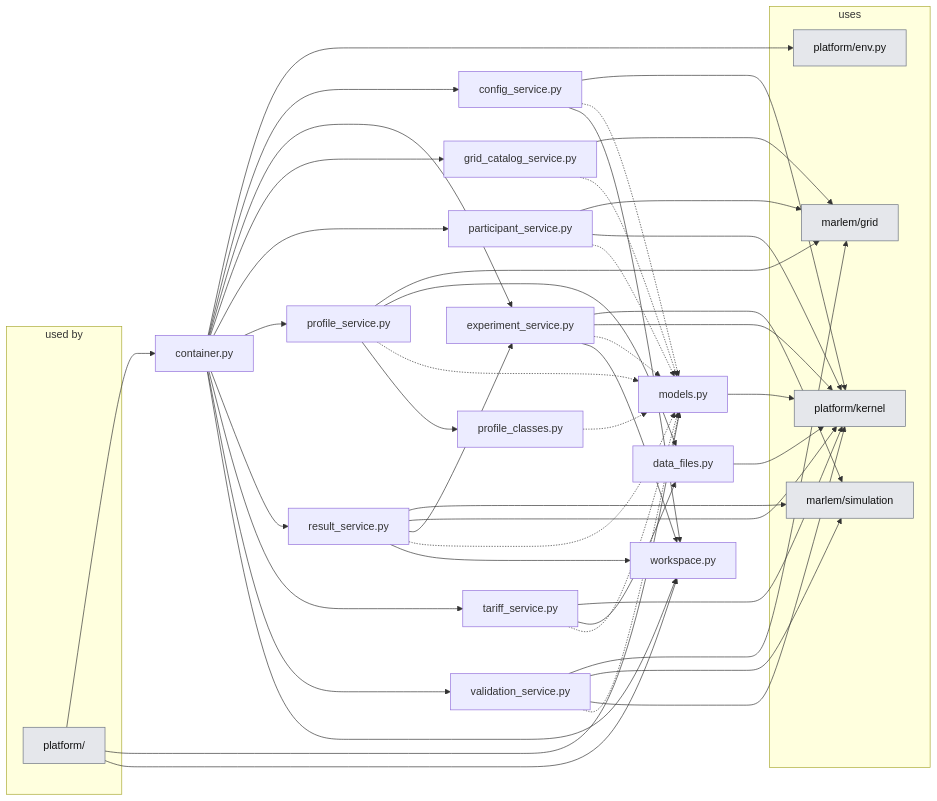
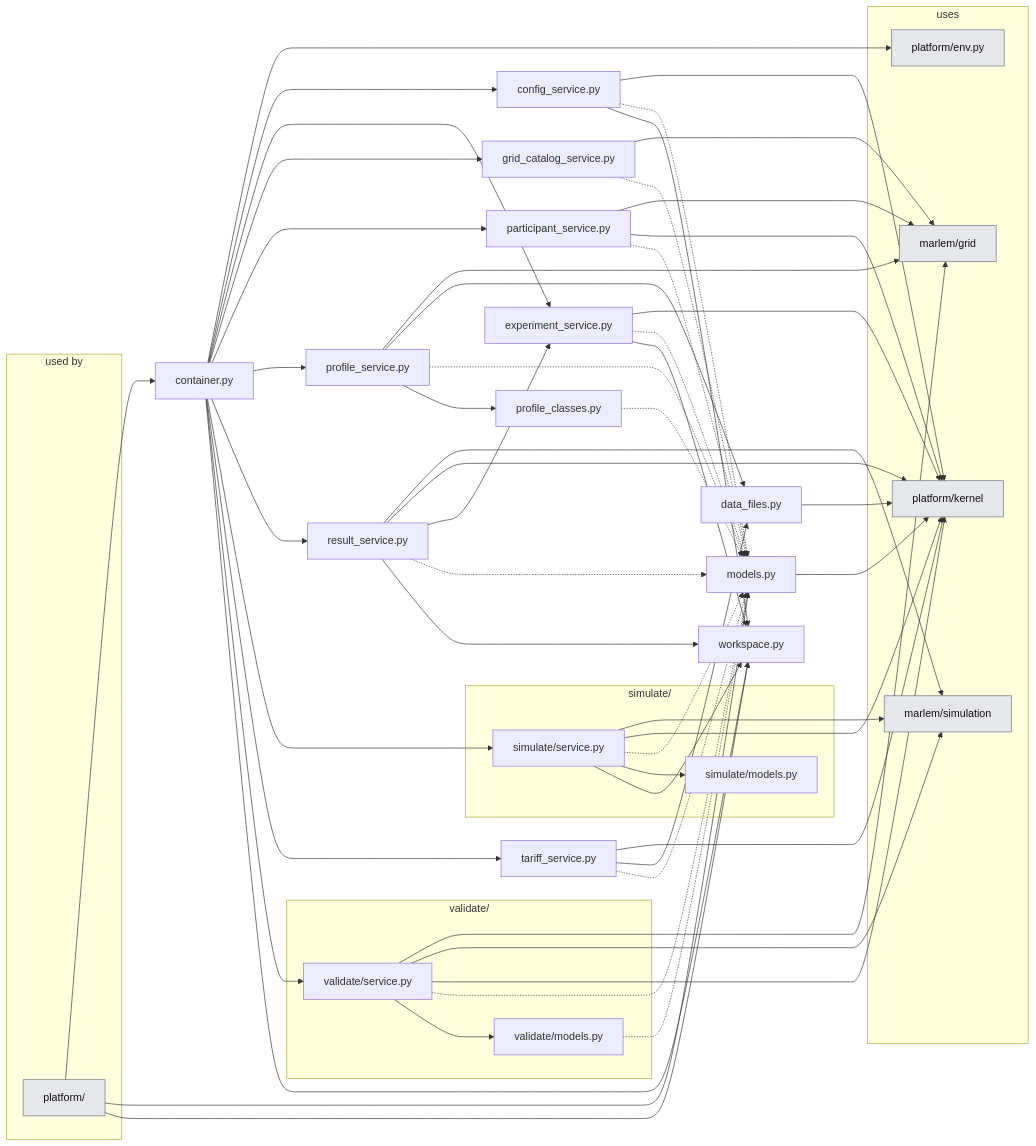
One commit to KevinRapo/P2P-thesis changed the second of 2 diagrams in docs_thesis/thesis/architecture/04-application-layer.md. Above: the diagram before and after it, drawn with Mermaid. The commit also changed 27 other files, not shown here.

Commit message:
refactor(pages): Simulate and Validate grouped by page in studio, services and kernel

````diff
--- a/docs_thesis/thesis/architecture/04-application-layer.md
+++ b/docs_thesis/thesis/architecture/04-application-layer.md
@@ -76,8 +76,15 @@
   n_platform_services_profile_service["profile_service.py"]
   n_platform_services_result_service["result_service.py"]
   n_platform_services_tariff_service["tariff_service.py"]
-  n_platform_services_validation_service["validation_service.py"]
   n_platform_services_workspace["workspace.py"]
+  subgraph g_simulate["simulate/"]
+    n_platform_services_simulate_models["simulate/models.py"]
+    n_platform_services_simulate_service["simulate/service.py"]
+  end
+  subgraph g_validate["validate/"]
+    n_platform_services_validate_models["validate/models.py"]
+    n_platform_services_validate_service["validate/service.py"]
+  end
   subgraph USES["uses"]
     n_marlem_grid["marlem/grid"]:::ext
     n_marlem_simulation["marlem/simulation"]:::ext
@@ -97,11 +104,11 @@
   n_platform_services_container --> n_platform_services_participant_service
   n_platform_services_container --> n_platform_services_profile_service
   n_platform_services_container --> n_platform_services_result_service
+  n_platform_services_container --> n_platform_services_simulate_service
   n_platform_services_container --> n_platform_services_tariff_service
-  n_platform_services_container --> n_platform_services_validation_service
+  n_platform_services_container --> n_platform_services_validate_service
   n_platform_services_container --> n_platform_services_workspace
   n_platform_services_data_files --> n_platform_kernel
-  n_platform_services_experiment_service --> n_marlem_simulation
   n_platform_services_experiment_service --> n_platform_kernel
   n_platform_services_experiment_service -.-> n_platform_services_models
   n_platform_services_experiment_service --> n_platform_services_workspace
@@ -121,12 +128,19 @@
   n_platform_services_result_service --> n_platform_services_experiment_service
   n_platform_services_result_service -.-> n_platform_services_models
   n_platform_services_result_service --> n_platform_services_workspace
+  n_platform_services_simulate_service --> n_marlem_simulation
+  n_platform_services_simulate_service --> n_platform_kernel
+  n_platform_services_simulate_service -.-> n_platform_services_models
+  n_platform_services_simulate_service --> n_platform_services_simulate_models
+  n_platform_services_simulate_service --> n_platform_services_workspace
   n_platform_services_tariff_service --> n_platform_kernel
   n_platform_services_tariff_service --> n_platform_services_data_files
   n_platform_services_tariff_service -.-> n_platform_services_models
-  n_platform_services_validation_service --> n_marlem_grid
-  n_platform_services_validation_service --> n_marlem_simulation
-  n_platform_services_validation_service --> n_platform_kernel
-  n_platform_services_validation_service -.-> n_platform_services_models
+  n_platform_services_validate_models -.-> n_platform_services_models
+  n_platform_services_validate_service --> n_marlem_grid
+  n_platform_services_validate_service --> n_marlem_simulation
+  n_platform_services_validate_service --> n_platform_kernel
+  n_platform_services_validate_service -.-> n_platform_services_models
+  n_platform_services_validate_service --> n_platform_services_validate_models
   classDef ext fill:#e5e7eb,stroke:#6b7280,color:#111
 ```
````
